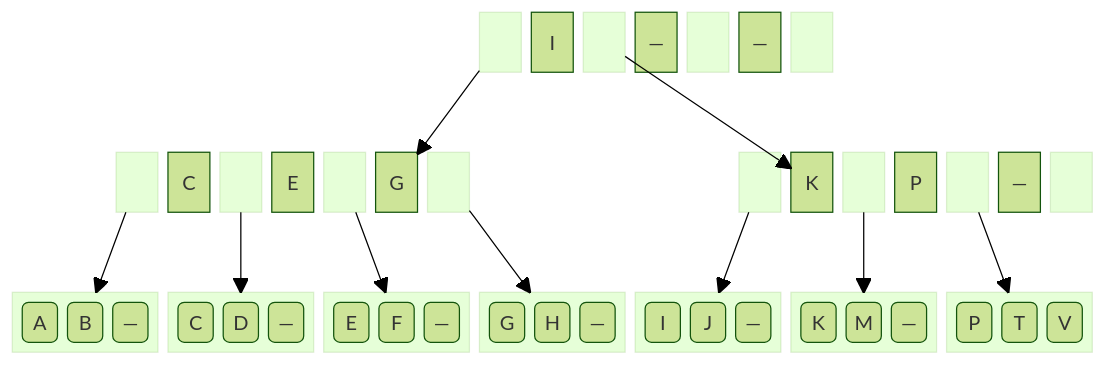
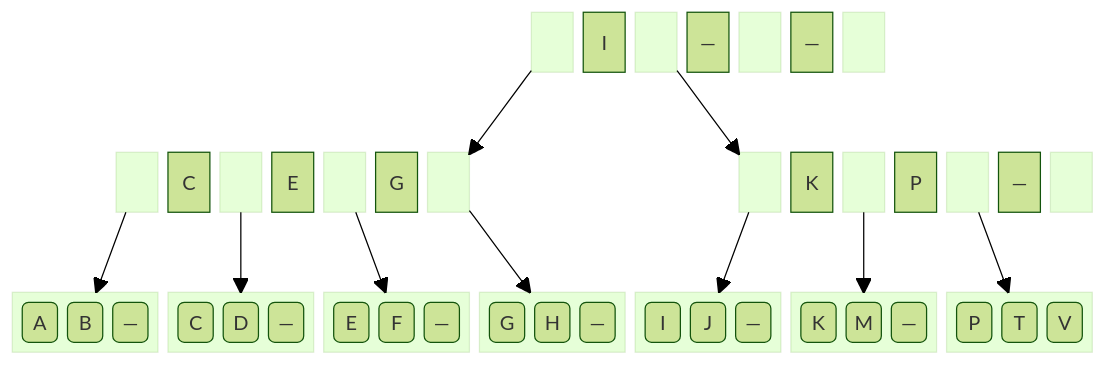
One commit to BenhurUFSM/pod26b changed the eighth of 9 diagrams in Assuntos/busca-ext.md. Above: the diagram before and after it, drawn with Mermaid (forest theme). The commit also changed other lines of this file, not shown here.

````diff
--- a/Assuntos/busca-ext.md
+++ b/Assuntos/busca-ext.md
@@ -136,32 +136,32 @@
 ```mermaid
 block
   columns 21
-  space:9
+  space:10
   block:rl1 space end ra["I"] block:rl2 space end rb["—"] block:rl3 space end rc["—"] block:rl4 space end
-  space:5
+  space:4
   space:21
 
   space:2
   block:i1l1 space end i1a["C"] block:i1l2 space end i1b["E"] block:i1l3 space end i1c["G"] block:i1l4 space end
   space:5
   block:i2l1 space end i2a["K"] block:i2l2 space end i2b["P"] block:i2l3 space end i2c["—"] block:i2l4 space end
   space:21
 
   block:f1:3 f1a("A") f1b("B") f1c("—") end
   block:f7:3 f7a("C") f7b("D") f7c("—") end
   block:f5:3 f5a("E") f5b("F") f5c("—") end
   block:f3:3 f3a("G") f3b("H") f3c("—") end
   block:f6:3 f6a("I") f6b("J") f6c("—") end
   block:f4:3 f4a("K") f4b("M") f4c("—") end
   block:f2:3 f2a("P") f2b("T") f2c("V") end
 
-  rl1-->i1c
-  rl2-->i2a
+  rl1-->i1l4
+  rl2-->i2l1
   i1l1-->f1
   i1l2-->f7
   i1l3-->f5
   i1l4-->f3
   i2l1-->f6
   i2l2-->f4
   i2l3-->f2
 ```
````
